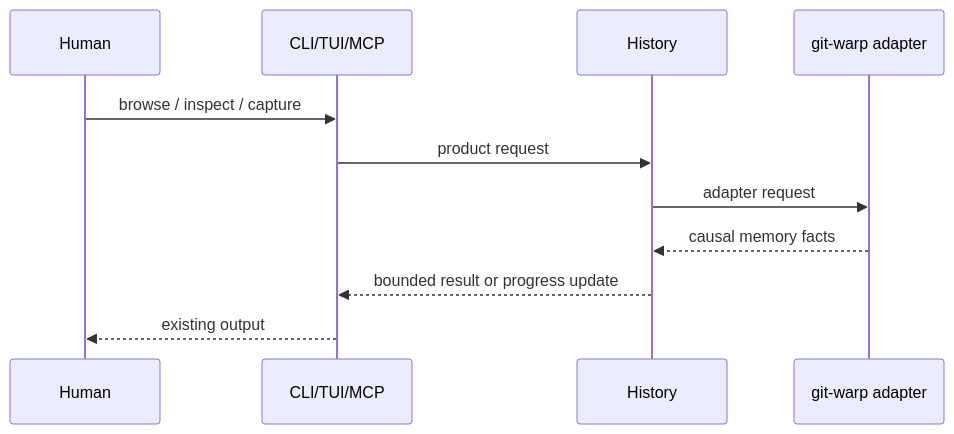
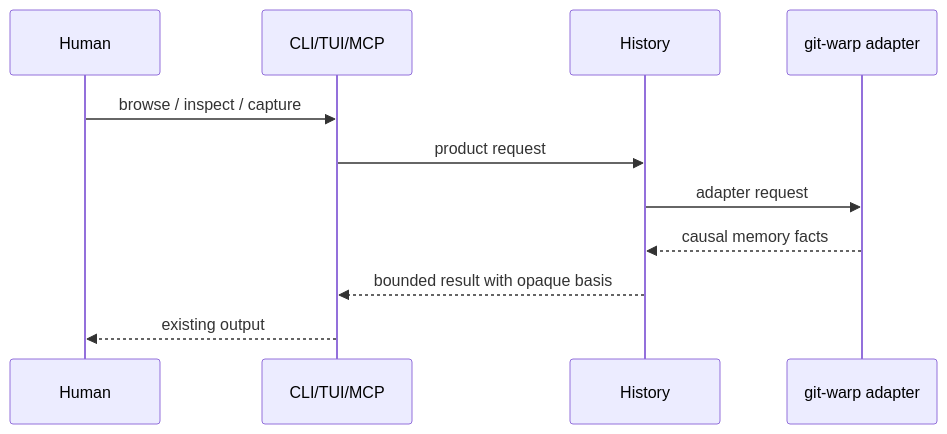
One commit to flyingrobots/think changed the diagram in docs/design/0070-history-product-boundary/history-product-boundary.md. Above: the diagram before and after it, drawn with Mermaid. The commit also changed other lines of this file and 5 other files, not shown here.

````diff
--- a/docs/design/0070-history-product-boundary/history-product-boundary.md
+++ b/docs/design/0070-history-product-boundary/history-product-boundary.md
@@ -165,13 +189,13 @@
 ```mermaid
 sequenceDiagram
     participant Human
     participant Surface as CLI/TUI/MCP
     participant History
     participant Adapter as git-warp adapter
     Human->>Surface: browse / inspect / capture
     Surface->>History: product request
     History->>Adapter: adapter request
     Adapter-->>History: causal memory facts
-    History-->>Surface: bounded result or progress update
+    History-->>Surface: bounded result with opaque basis
     Surface-->>Human: existing output
 ```
````
